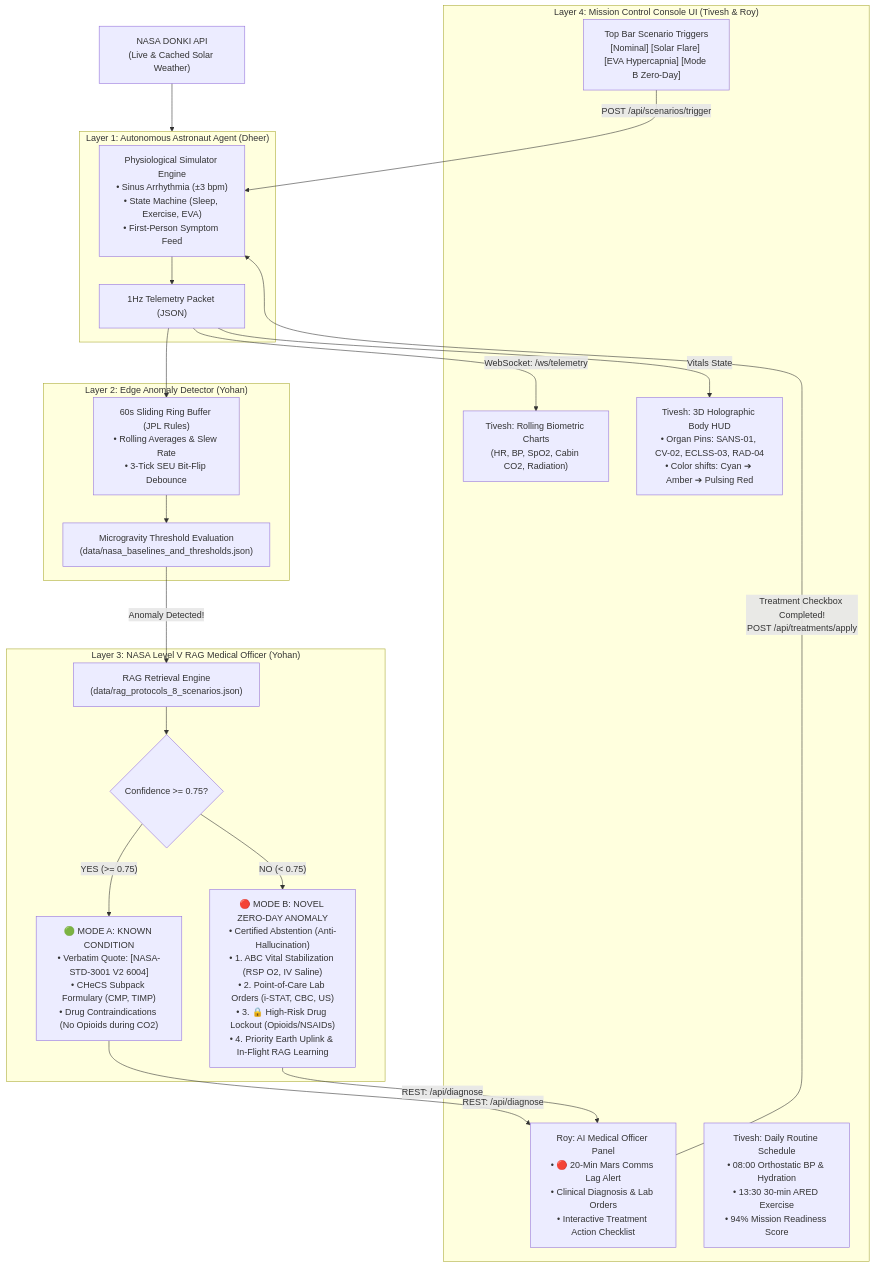
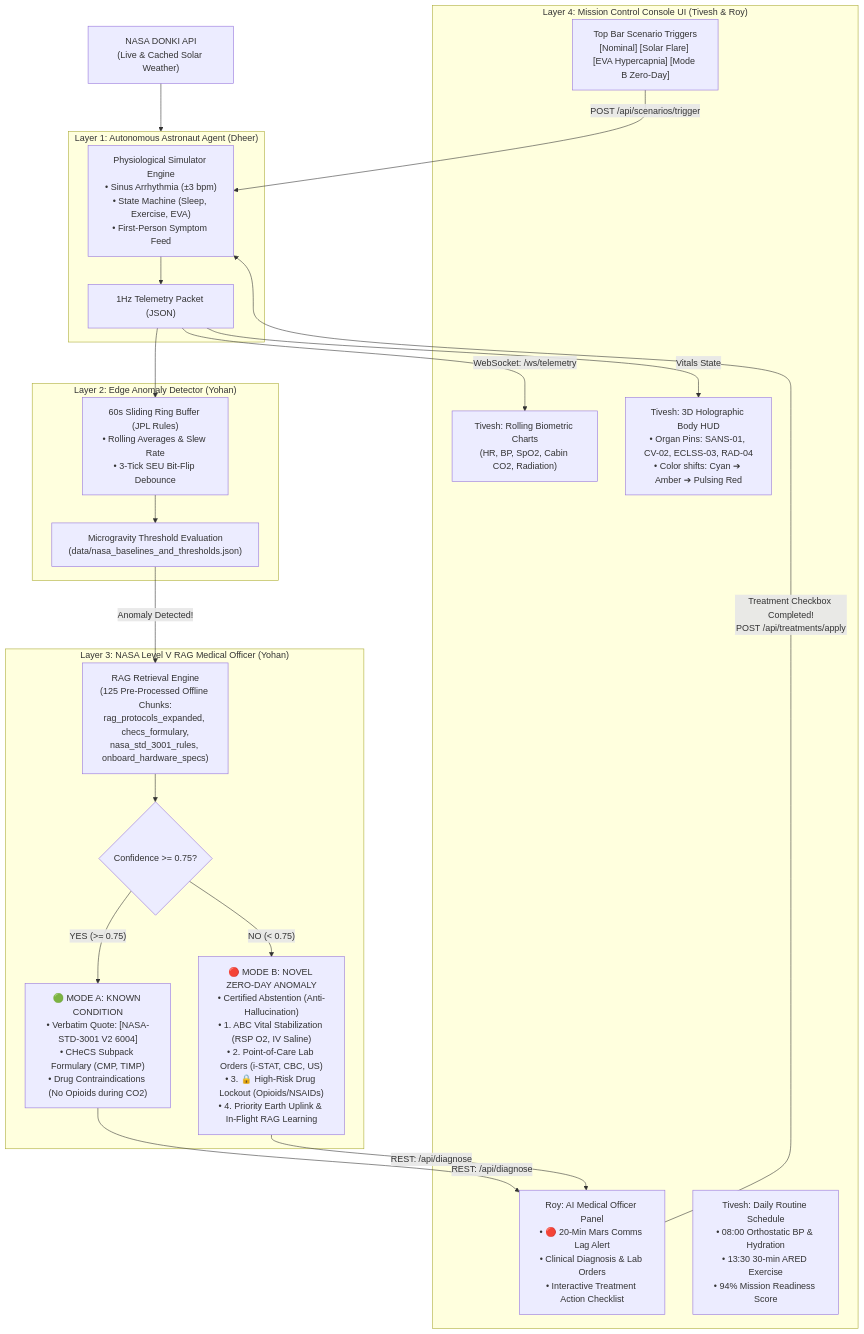
The diagram in README.md (tuplahda/nasa-space-apps-2026-planning), drawn with Mermaid before and after one commit. The commit also changed other lines of this file and 6 other files, not shown here.

Commit message:
Expand offline RAG dataset to 125 pre-processed clinical chunks (32 CPGs, 54 CHeCS meds, 26 NASA-STD-3001 rules, 5 hardware specs)

````diff
--- a/README.md
+++ b/README.md
@@ -27,35 +27,35 @@
 ```mermaid
 flowchart TD
     DONKI["NASA DONKI API<br/>(Live & Cached Solar Weather)"] --> L1
 
     subgraph L1["Layer 1: Autonomous Astronaut Agent (Dheer)"]
         SIM["Physiological Simulator Engine<br/>• Sinus Arrhythmia (±3 bpm)<br/>• State Machine (Sleep, Exercise, EVA)<br/>• First-Person Symptom Feed"]
         SIM --> OUT["1Hz Telemetry Packet (JSON)"]
     end
 
     subgraph L2["Layer 2: Edge Anomaly Detector (Yohan)"]
         OUT --> RING["60s Sliding Ring Buffer (JPL Rules)<br/>• Rolling Averages & Slew Rate<br/>• 3-Tick SEU Bit-Flip Debounce"]
         RING --> EVAL["Microgravity Threshold Evaluation<br/>(data/nasa_baselines_and_thresholds.json)"]
     end
 
     subgraph L3["Layer 3: NASA Level V RAG Medical Officer (Yohan)"]
-        EVAL -->|"Anomaly Detected!"| RAG["RAG Retrieval Engine<br/>(data/rag_protocols_8_scenarios.json)"]
+        EVAL -->|"Anomaly Detected!"| RAG["RAG Retrieval Engine<br/>(125 Pre-Processed Offline Chunks:<br/>rag_protocols_expanded, checs_formulary,<br/>nasa_std_3001_rules, onboard_hardware_specs)"]
         
         RAG --> DECIDE{"Confidence >= 0.75?"}
         
         DECIDE -->|"YES (>= 0.75)"| MODEA["🟢 MODE A: KNOWN CONDITION<br/>• Verbatim Quote: [NASA-STD-3001 V2 6004]<br/>• CHeCS Subpack Formulary (CMP, TIMP)<br/>• Drug Contraindications (No Opioids during CO2)"]
         
         DECIDE -->|"NO (< 0.75)"| MODEB["🔴 MODE B: NOVEL ZERO-DAY ANOMALY<br/>• Certified Abstention (Anti-Hallucination)<br/>• 1. ABC Vital Stabilization (RSP O2, IV Saline)<br/>• 2. Point-of-Care Lab Orders (i-STAT, CBC, US)<br/>• 3. 🔒 High-Risk Drug Lockout (Opioids/NSAIDs)<br/>• 4. Priority Earth Uplink & In-Flight RAG Learning"]
     end
 
     subgraph L4["Layer 4: Mission Control Console UI (Tivesh & Roy)"]
         OUT -->|"WebSocket: /ws/telemetry"| CHARTS["Tivesh: Rolling Biometric Charts<br/>(HR, BP, SpO2, Cabin CO2, Radiation)"]
         OUT -->|"Vitals State"| HUD["Tivesh: 3D Holographic Body HUD<br/>• Organ Pins: SANS-01, CV-02, ECLSS-03, RAD-04<br/>• Color shifts: Cyan ➔ Amber ➔ Pulsing Red"]
         MODEA & MODEB -->|"REST: /api/diagnose"| MED_PANEL["Roy: AI Medical Officer Panel<br/>• 🔴 20-Min Mars Comms Lag Alert<br/>• Clinical Diagnosis & Lab Orders<br/>• Interactive Treatment Action Checklist"]
         
         SCHEDULE["Tivesh: Daily Routine Schedule<br/>• 08:00 Orthostatic BP & Hydration<br/>• 13:30 30-min ARED Exercise<br/>• 94% Mission Readiness Score"]
         
         CRISIS["Top Bar Scenario Triggers<br/>[Nominal] [Solar Flare] [EVA Hypercapnia] [Mode B Zero-Day]"] -->|"POST /api/scenarios/trigger"| SIM
         MED_PANEL -->|"Treatment Checkbox Completed!<br/>POST /api/treatments/apply"| SIM
     end
 ```
````
